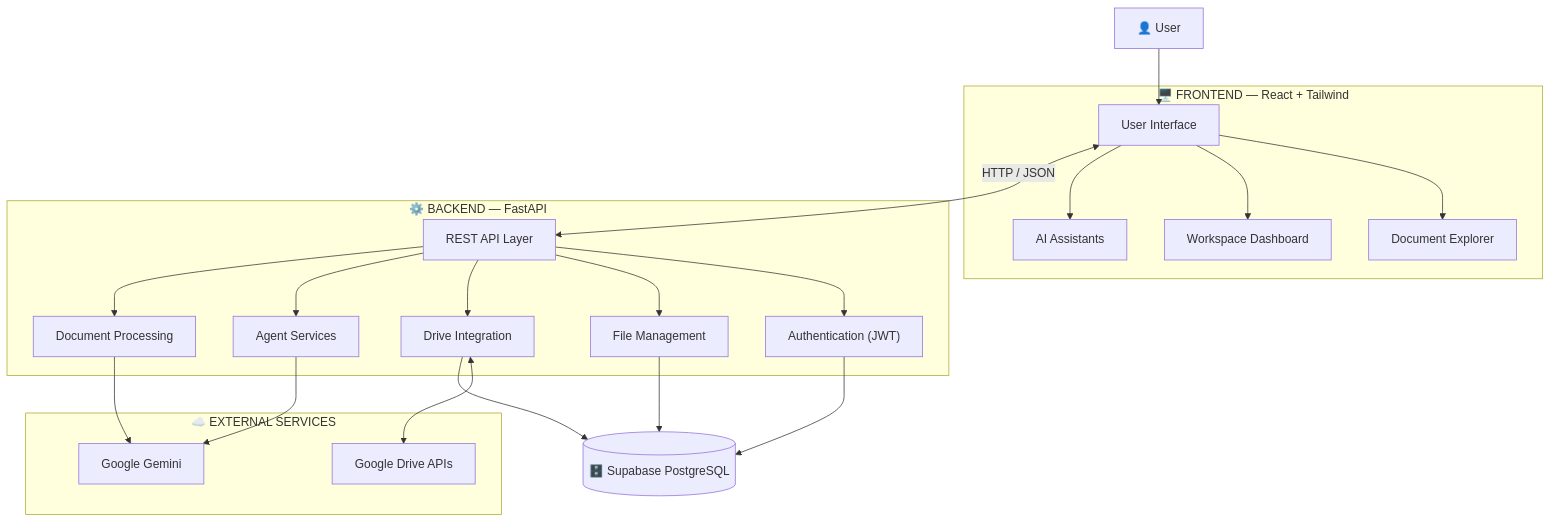
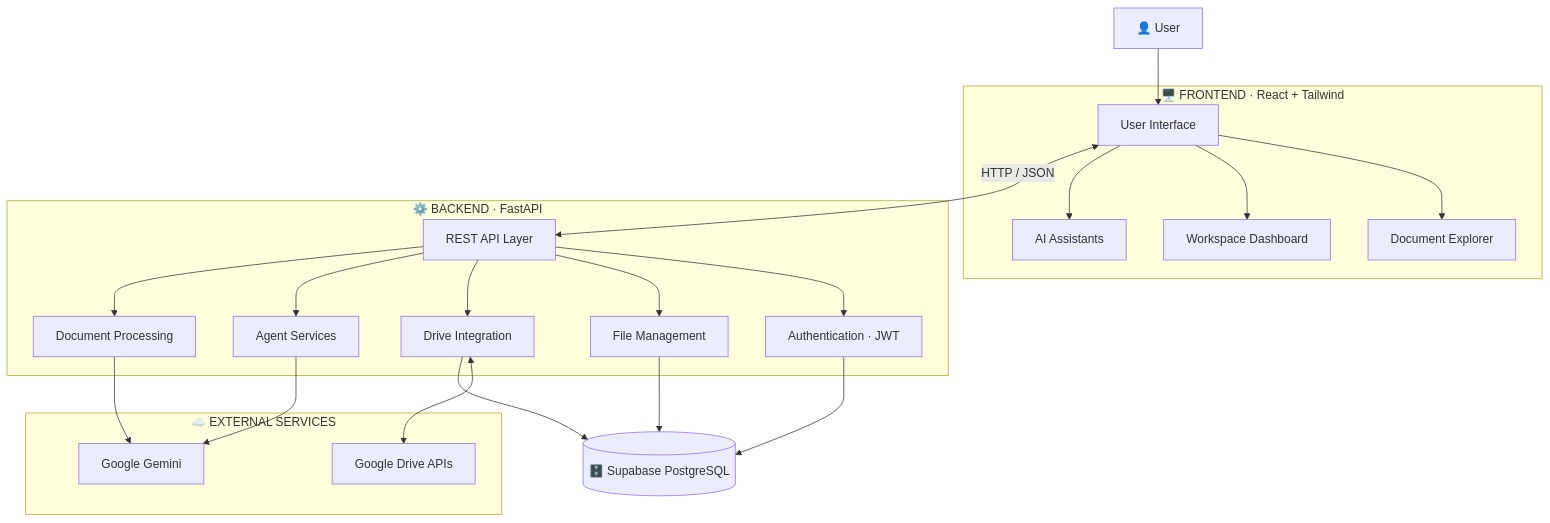
The second of 2 diagrams in README.md (premnarayn13/DocMatrix), drawn with Mermaid before and after one commit. The commit also changed other lines of this file, not shown here.

````diff
--- a/README.md
+++ b/README.md
@@ -220,47 +279,47 @@
 ```mermaid
 flowchart TB
     USER["👤 User"]
- 
-    subgraph FRONTEND["🖥️ FRONTEND — React + Tailwind"]
+
+    subgraph FRONTEND["🖥️ FRONTEND · React + Tailwind"]
         UI["User Interface"]
         EXP["Document Explorer"]
         WS["Workspace Dashboard"]
         AI["AI Assistants"]
     end
- 
-    subgraph BACKEND["⚙️ BACKEND — FastAPI"]
+
+    subgraph BACKEND["⚙️ BACKEND · FastAPI"]
         API["REST API Layer"]
-        AUTH["Authentication (JWT)"]
+        AUTH["Authentication · JWT"]
         FILE["File Management"]
         DRIVE["Drive Integration"]
         AGENT["Agent Services"]
         DOC["Document Processing"]
     end
- 
+
     subgraph EXTERNAL["☁️ EXTERNAL SERVICES"]
         GD["Google Drive APIs"]
         GM["Google Gemini"]
     end
- 
+
     DB[("🗄️ Supabase PostgreSQL")]
- 
+
     USER --> UI
     UI --> EXP
     UI --> WS
     UI --> AI
     UI <-->|HTTP / JSON| API
- 
+
     API --> AUTH
     API --> FILE
     API --> DRIVE
     API --> AGENT
     API --> DOC
- 
+
     DRIVE <--> GD
     AGENT --> GM
     DOC --> GM
- 
+
     AUTH --> DB
     FILE --> DB
     DRIVE --> DB
 ```
````
